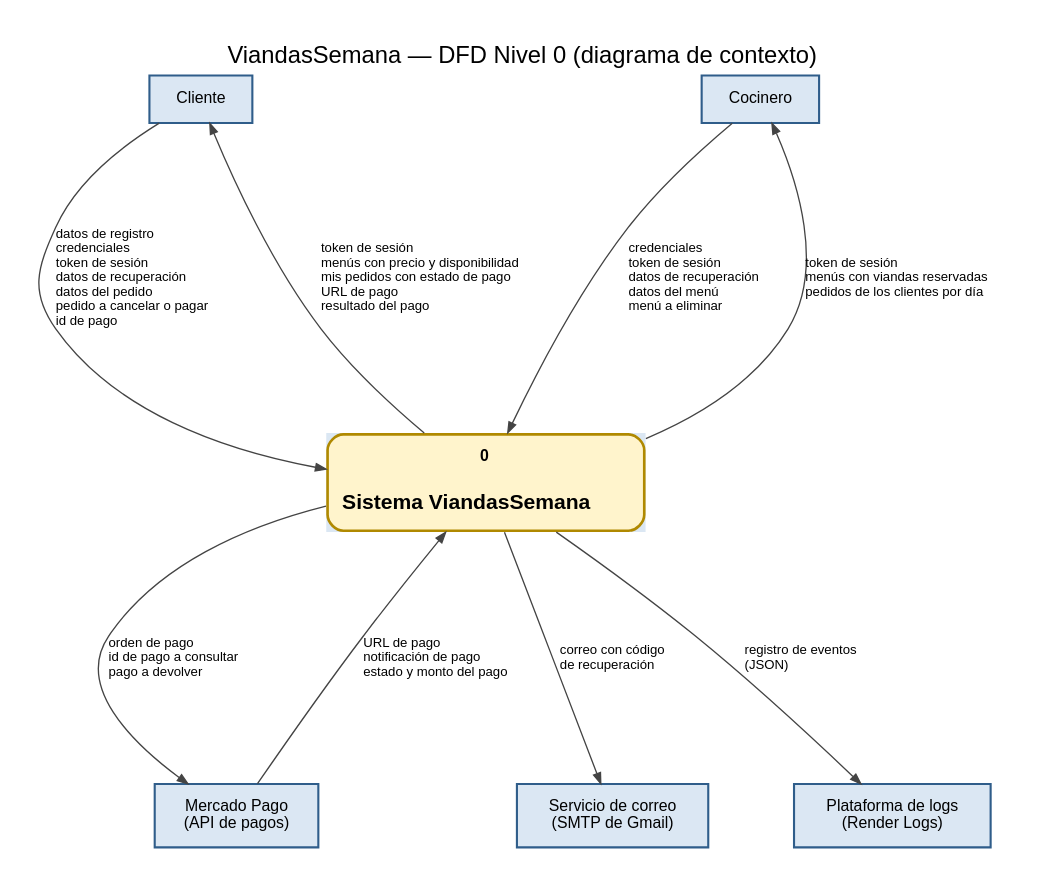
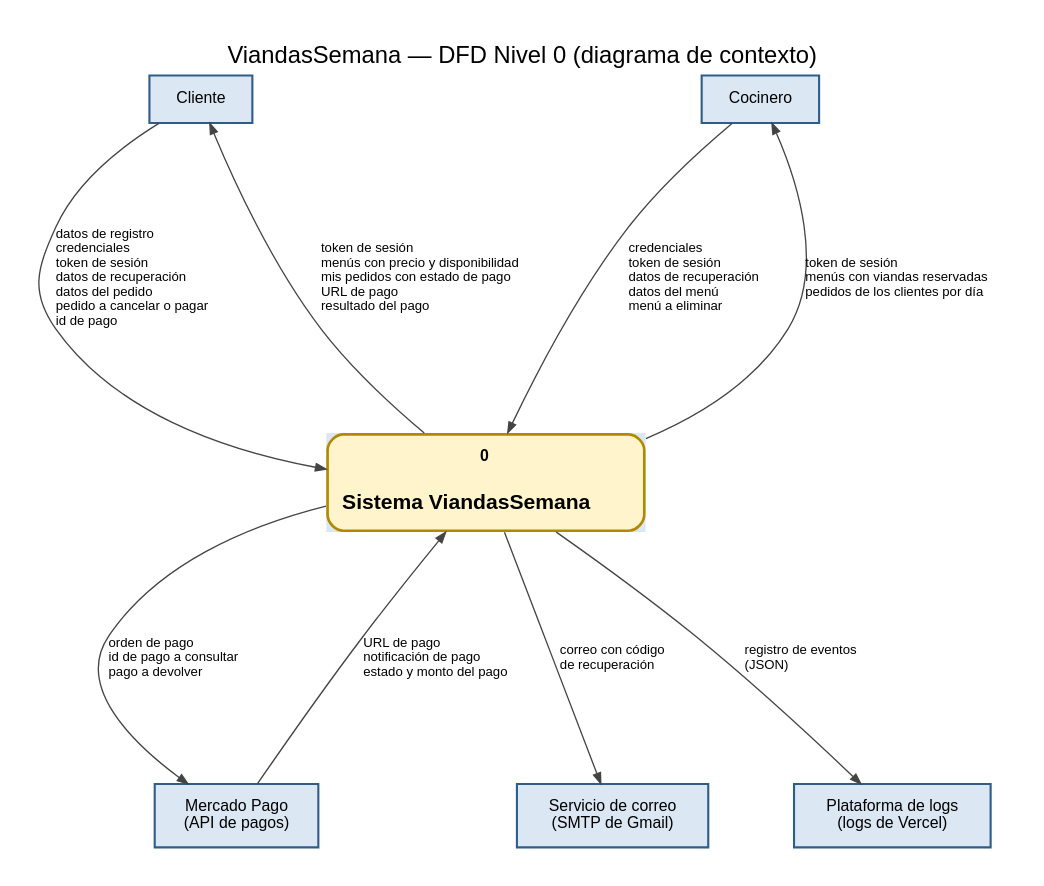
The diagram in docs/herramientas/fuentes/dfd-0-contexto.dot (romangustavooberlander-spec/ViandasSemana), drawn with Graphviz before and after one commit. The commit also changed 34 other files, not shown here.

```diff
--- a/docs/herramientas/fuentes/dfd-0-contexto.dot
+++ b/docs/herramientas/fuentes/dfd-0-contexto.dot
@@ -1,38 +1,38 @@
 // DFD Nivel 0 (diagrama de contexto) — consigna 4.1
 // Notación Gane-Sarson. Cada flujo lleva el DATO que viaja, no la acción.
 digraph dfd0 {
   graph [rankdir=TB, fontname="Helvetica", fontsize=12, nodesep=0.9, ranksep=2.2, pad=0.3,
          label="ViandasSemana — DFD Nivel 0 (diagrama de contexto)", labelloc=t, fontsize=18];
   node  [fontname="Helvetica", fontsize=12];
   edge  [fontname="Helvetica", fontsize=10, color="#444444", arrowsize=0.8];
 
   // Entidades externas
   node [shape=box, style="filled", fillcolor="#dbe7f3", color="#2f5d8a", penwidth=1.6, margin="0.25,0.15"];
   cliente  [label="Cliente"];
   cocinero [label="Cocinero"];
   mp       [label="Mercado Pago\n(API de pagos)"];
   correo   [label="Servicio de correo\n(SMTP de Gmail)"];
-  logs     [label="Plataforma de logs\n(Render Logs)"];
+  logs     [label="Plataforma de logs\n(logs de Vercel)"];
 
   // El sistema como un único proceso
   sistema [shape=none, margin=0, label=<
     <TABLE STYLE="ROUNDED" BORDER="2" CELLBORDER="0" CELLSPACING="0" CELLPADDING="10" BGCOLOR="#fff4cc" COLOR="#b08900">
       <TR><TD><B>0</B></TD></TR>
       <TR><TD><FONT POINT-SIZE="16"><B>Sistema ViandasSemana</B></FONT></TD></TR>
     </TABLE>>];
 
   {rank=same; cliente; cocinero;}
   {rank=same; mp; correo; logs;}
 
   cliente -> sistema [label="datos de registro\lcredenciales\ltoken de sesión\ldatos de recuperación\ldatos del pedido\lpedido a cancelar o pagar\lid de pago\l"];
   sistema -> cliente [label="token de sesión\lmenús con precio y disponibilidad\lmis pedidos con estado de pago\lURL de pago\lresultado del pago\l"];
 
   cocinero -> sistema [label="credenciales\ltoken de sesión\ldatos de recuperación\ldatos del menú\lmenú a eliminar\l"];
   sistema -> cocinero [label="token de sesión\lmenús con viandas reservadas\lpedidos de los clientes por día\l"];
 
   sistema -> mp [label="orden de pago\lid de pago a consultar\lpago a devolver\l"];
   mp -> sistema [label="URL de pago\lnotificación de pago\lestado y monto del pago\l"];
 
   sistema -> correo [label="correo con código\lde recuperación\l"];
   sistema -> logs   [label="registro de eventos\l(JSON)\l"];
 }
```
